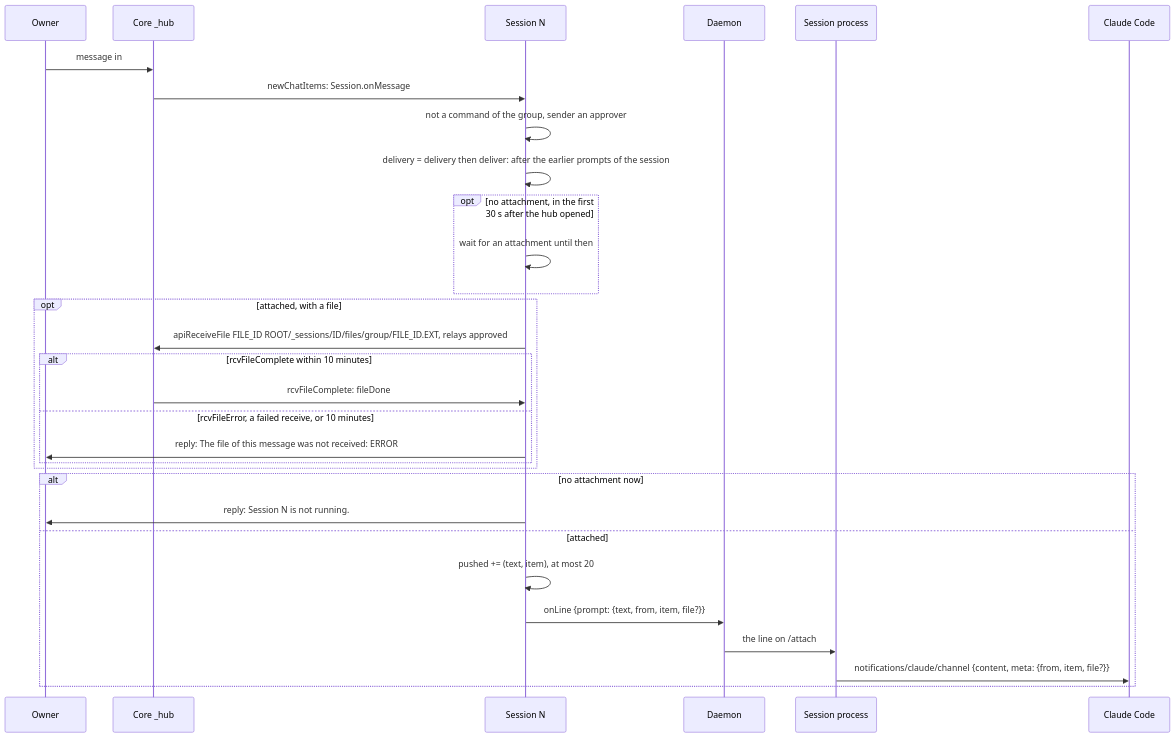
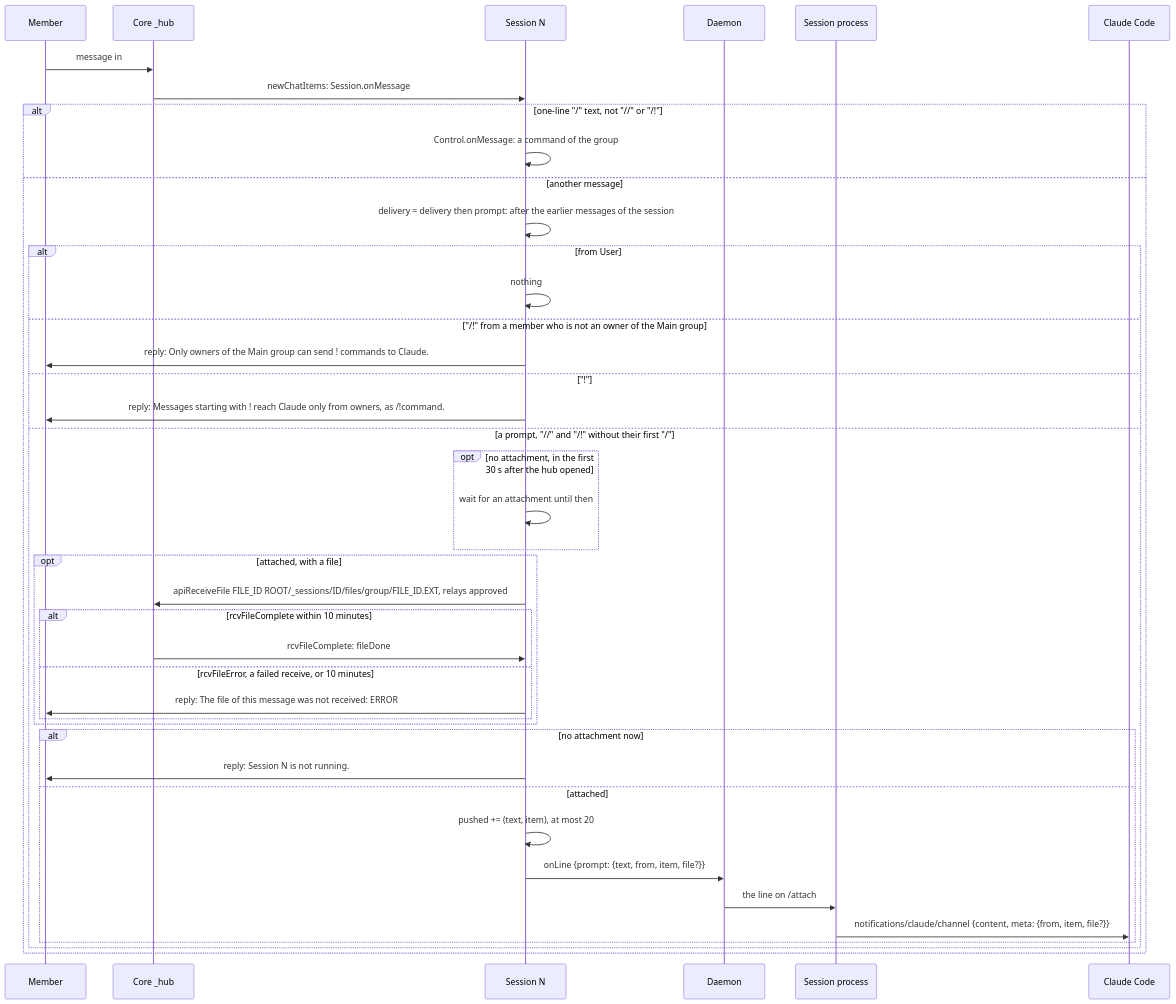
One commit to simplex-chat/simplex-chat changed diagram 20 of 30 in packages/simplex-chat-mcp/spec/flows.md. Above: the diagram before and after it, drawn with Mermaid. The commit also changed other lines of this file and 3 other files, not shown here.

````diff
--- a/packages/simplex-chat-mcp/spec/flows.md
+++ b/packages/simplex-chat-mcp/spec/flows.md
@@ -894,32 +894,43 @@
 ```mermaid
 sequenceDiagram
-  participant O as Owner
+  participant O as Member
   participant C as Core _hub
   participant N as Session N
   participant D as Daemon
   participant S as Session process
   participant CC as Claude Code
   O->>C: message in #G, with a file
   C->>N: newChatItems: Session.onMessage
-  N->>N: not a command of the group, sender an approver
-  N->>N: delivery = delivery then deliver: after the earlier prompts of the session
-  opt no attachment, in the first 30 s after the hub opened
-    N->>N: wait for an attachment until then
-  end
-  opt attached, with a file
-    N->>C: apiReceiveFile FILE_ID ROOT/_sessions/ID/files/group/FILE_ID.EXT, relays approved
-    alt rcvFileComplete within 10 minutes
-      C->>N: rcvFileComplete: fileDone
-    else rcvFileError, a failed receive, or 10 minutes
-      N->>O: reply: The file of this message was not received: ERROR
+  alt one-line "/" text, not "//" or "/!"
+    N->>N: Control.onMessage: a command of the group
+  else another message
+    N->>N: delivery = delivery then prompt: after the earlier messages of the session
+    alt from User
+      N->>N: nothing
+    else "/!" from a member who is not an owner of the Main group
+      N->>O: reply: Only owners of the Main group can send ! commands to Claude.
+    else "!"
+      N->>O: reply: Messages starting with ! reach Claude only from owners, as /!command.
+    else a prompt, "//" and "/!" without their first "/"
+      opt no attachment, in the first 30 s after the hub opened
+        N->>N: wait for an attachment until then
+      end
+      opt attached, with a file
+        N->>C: apiReceiveFile FILE_ID ROOT/_sessions/ID/files/group/FILE_ID.EXT, relays approved
+        alt rcvFileComplete within 10 minutes
+          C->>N: rcvFileComplete: fileDone
+        else rcvFileError, a failed receive, or 10 minutes
+          N->>O: reply: The file of this message was not received: ERROR
+        end
+      end
+      alt no attachment now
+        N->>O: reply: Session N is not running.
+      else attached
+        N->>N: pushed += (text, item), at most 20
+        N->>D: onLine {prompt: {text, from, item, file?}}
+        D->>S: the line on /attach
+        S->>CC: notifications/claude/channel {content, meta: {from, item, file?}}
+      end
     end
   end
-  alt no attachment now
-    N->>O: reply: Session N is not running.
-  else attached
-    N->>N: pushed += (text, item), at most 20
-    N->>D: onLine {prompt: {text, from, item, file?}}
-    D->>S: the line on /attach
-    S->>CC: notifications/claude/channel {content, meta: {from, item, file?}}
-  end
 ```
````
